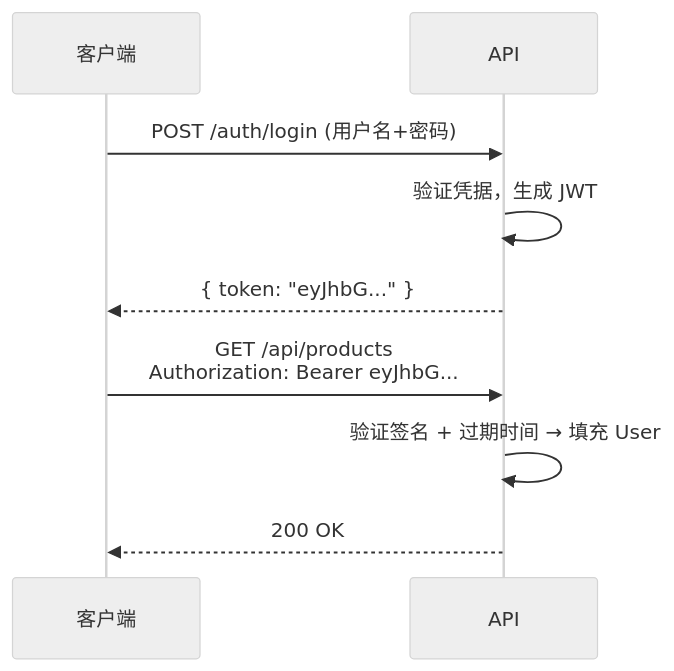
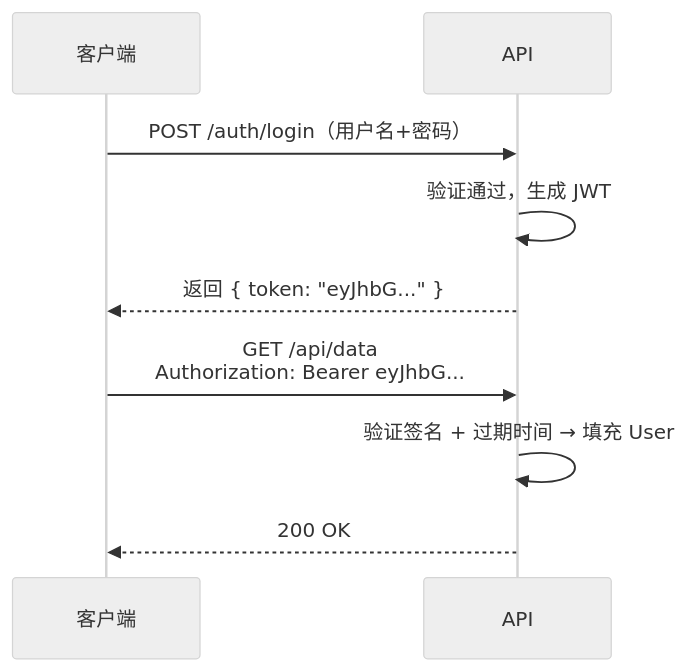
Before and after one commit to koeltp/blog: the seventh of 9 diagrams in docs/dotnet/auth/01认证基础与中间件管道.md, drawn with Mermaid (neutral theme). The commit also changed other lines of this file and 21 other files, not shown here.

````diff
--- a/docs/dotnet/auth/01认证基础与中间件管道.md
+++ b/docs/dotnet/auth/01认证基础与中间件管道.md
@@ -233,11 +260,11 @@
 ```mermaid
 sequenceDiagram
     participant 客户端
     participant API
-    客户端->>API: POST /auth/login (用户名+密码)
-    API->>API: 验证凭据，生成 JWT
-    API-->>客户端: { token: "eyJhbG..." }
-    客户端->>API: GET /api/products<br/>Authorization: Bearer eyJhbG...
+    客户端->>API: POST /auth/login（用户名+密码）
+    API->>API: 验证通过，生成 JWT
+    API-->>客户端: 返回 { token: "eyJhbG..." }
+    客户端->>API: GET /api/data<br/>Authorization: Bearer eyJhbG...
     API->>API: 验证签名 + 过期时间 → 填充 User
     API-->>客户端: 200 OK
 ```
````
